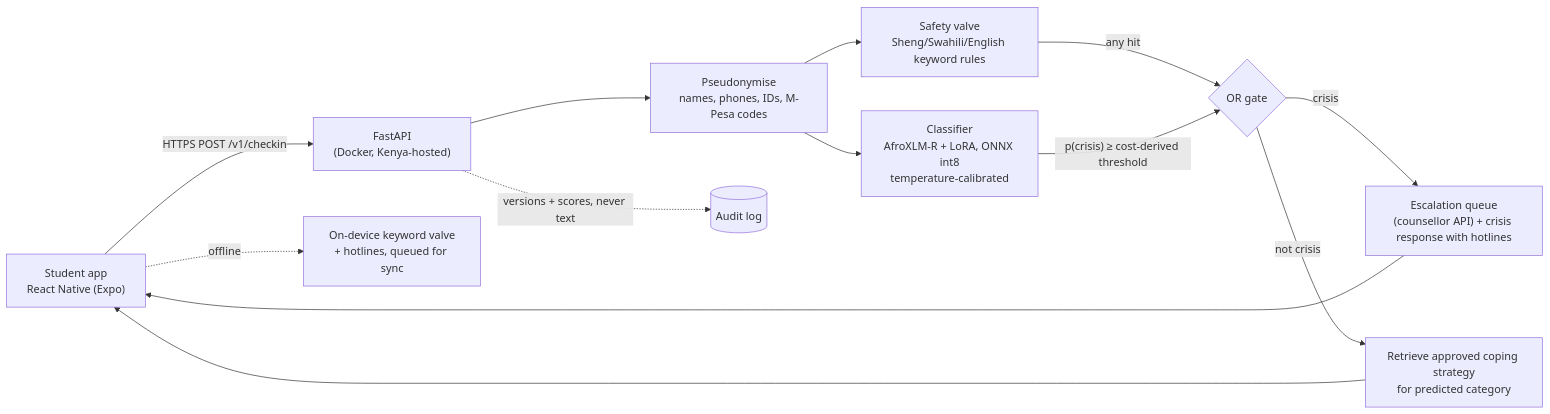
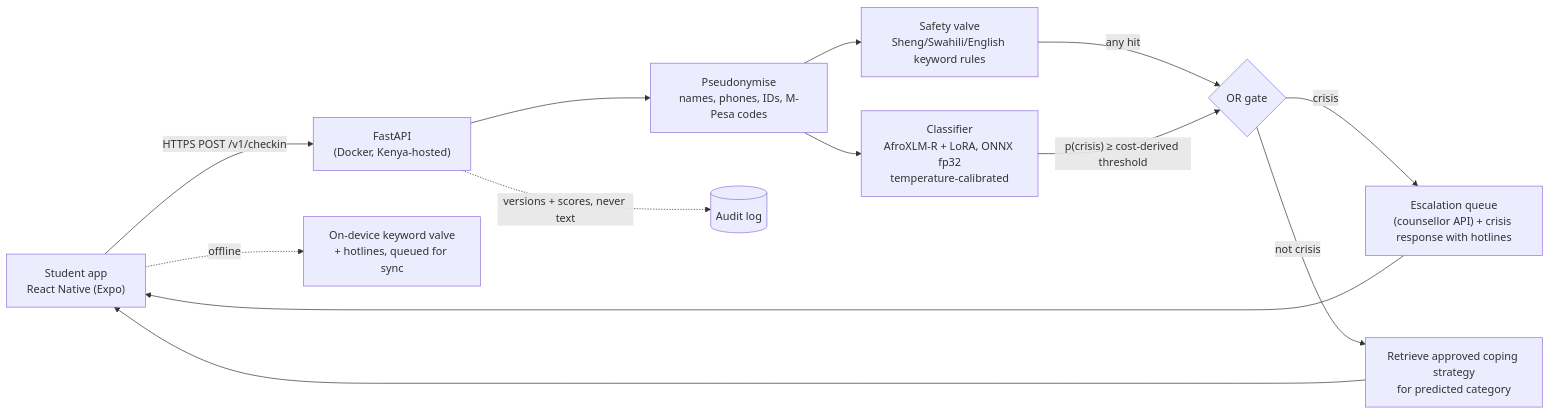
One commit to Sheenaz/sikiza changed the diagram in README.md. Above: the diagram before and after it, drawn with Mermaid. The commit also changed other lines of this file and 34 other files, not shown here.

````diff
--- a/README.md
+++ b/README.md
@@ -51,15 +52,15 @@
 ```mermaid
 flowchart LR
     App["Student app<br/>React Native (Expo)"] -->|HTTPS POST /v1/checkin| API["FastAPI<br/>(Docker, Kenya-hosted)"]
     API --> P["Pseudonymise<br/>names, phones, IDs, M-Pesa codes"]
     P --> V["Safety valve<br/>Sheng/Swahili/English keyword rules"]
-    P --> C["Classifier<br/>AfroXLM-R + LoRA, ONNX int8<br/>temperature-calibrated"]
+    P --> C["Classifier<br/>AfroXLM-R + LoRA, ONNX fp32<br/>temperature-calibrated"]
     V -->|any hit| G{"OR gate"}
     C -->|"p(crisis) ≥ cost-derived threshold"| G
     G -->|crisis| E["Escalation queue<br/>(counsellor API) + crisis response with hotlines"]
     G -->|not crisis| R["Retrieve approved coping strategy<br/>for predicted category"]
     R --> App
     E --> App
     API -.->|versions + scores, never text| L[("Audit log")]
     App -.->|offline| OV["On-device keyword valve<br/>+ hotlines, queued for sync"]
 ```
````
